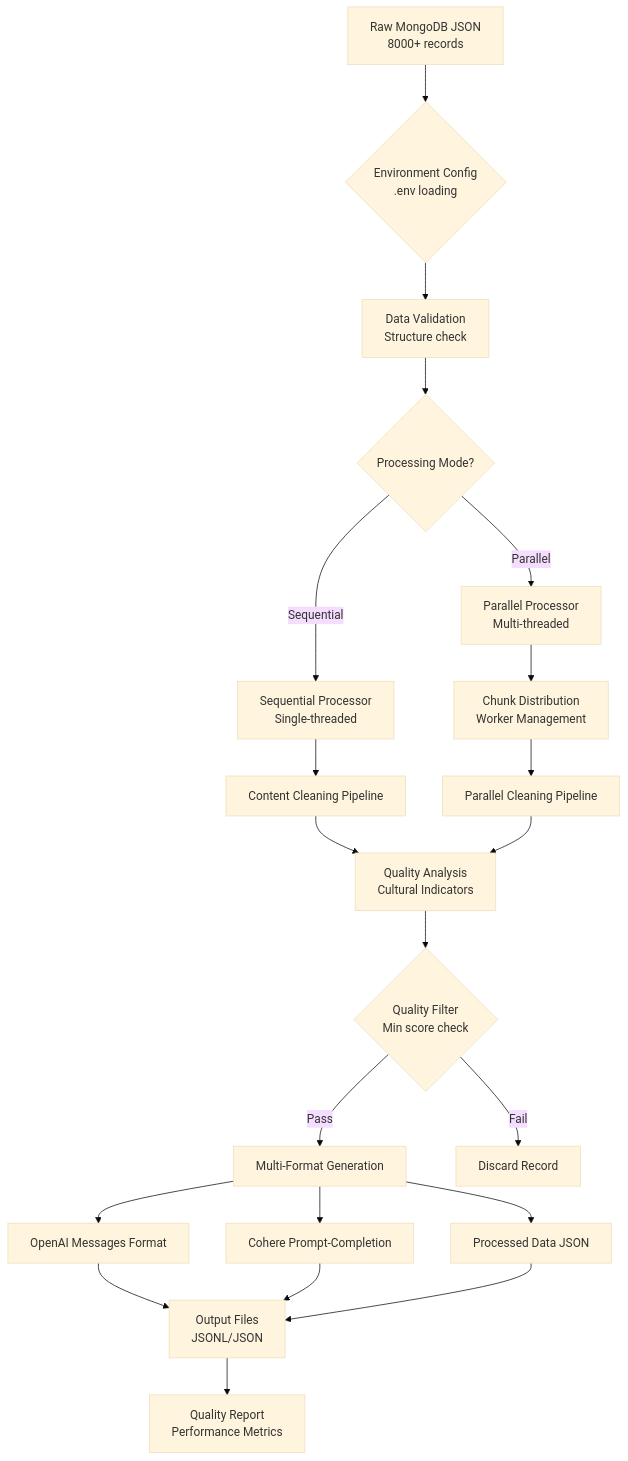
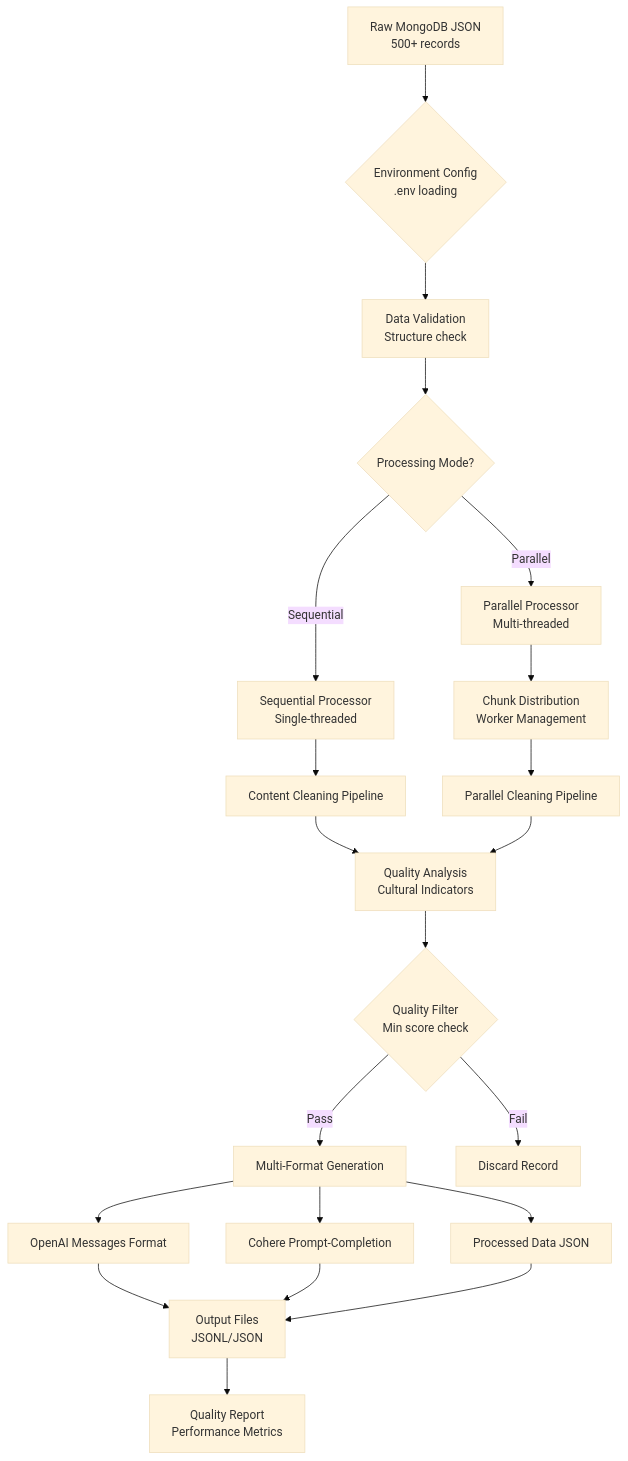
Before and after one commit to SerefRecepKeskin/turkish-dream-sft-optimizer: the diagram in README.md, drawn with Mermaid (base theme). The commit also changed 1 other file, not shown here.

Commit message:
fix: Update MongoDB record count in diagrams to reflect accurate data size

````diff
--- a/README.md
+++ b/README.md
@@ -38,30 +38,30 @@
 ```mermaid
 graph TB
-    A[Raw MongoDB JSON<br/>8000+ records] --> B{Environment Config<br/>.env loading}
+    A[Raw MongoDB JSON<br/>500+ records] --> B{Environment Config<br/>.env loading}
     B --> C[Data Validation<br/>Structure check]
     C --> D{Processing Mode?}
     
     D -->|Sequential| E[Sequential Processor<br/>Single-threaded]
     D -->|Parallel| F[Parallel Processor<br/>Multi-threaded]
     
     E --> G[Content Cleaning Pipeline]
     F --> H[Chunk Distribution<br/>Worker Management]
     H --> I[Parallel Cleaning Pipeline]
     
     G --> J[Quality Analysis<br/>Cultural Indicators]
     I --> J
     
     J --> K{Quality Filter<br/>Min score check}
     K -->|Pass| L[Multi-Format Generation]
     K -->|Fail| M[Discard Record]
     
     L --> N[OpenAI Messages Format]
     L --> O[Cohere Prompt-Completion]
     L --> P[Processed Data JSON]
     
     N --> Q[Output Files<br/>JSONL/JSON]
     O --> Q
     P --> Q
     
     Q --> R[Quality Report<br/>Performance Metrics]
 ```
````
